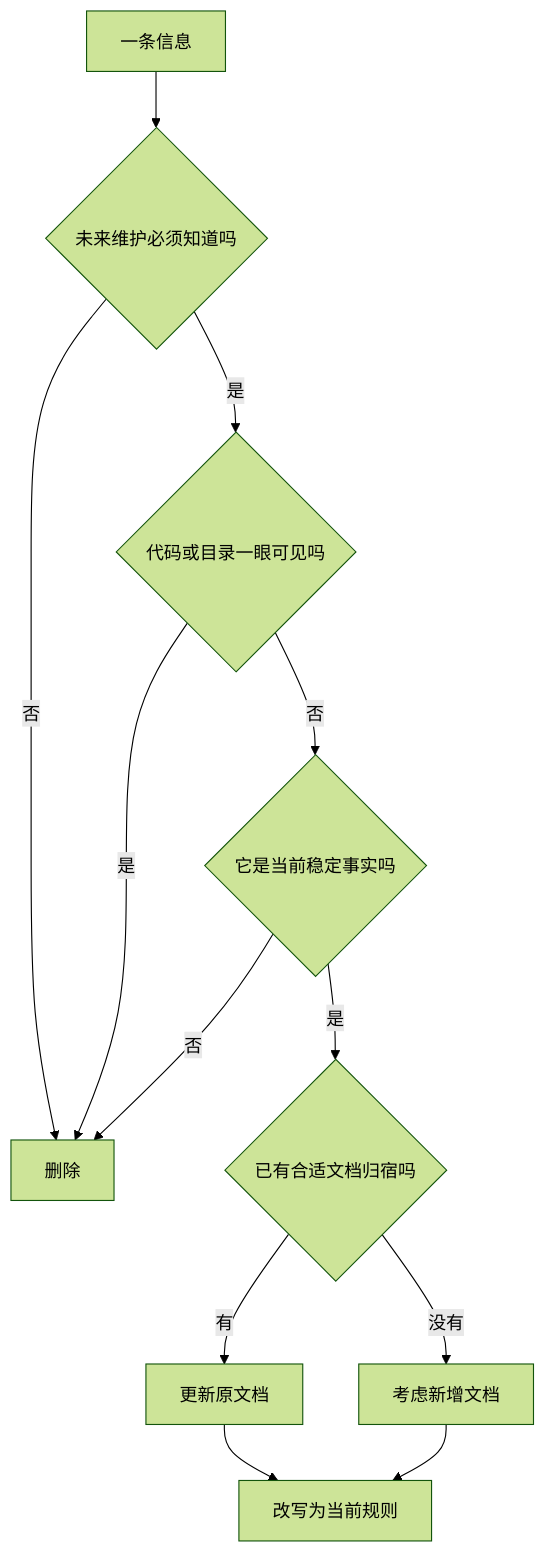
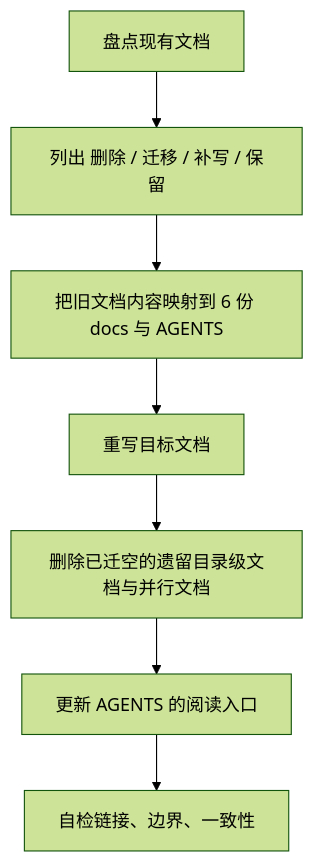
The diagram in .codex/skills/project-docs/SKILL.md (neavo/LinguaGacha), drawn with Mermaid (forest theme) before and after one commit. The commit also changed other lines of this file and 16 other files, not shown here.

````diff
--- a/.codex/skills/project-docs/SKILL.md
+++ b/.codex/skills/project-docs/SKILL.md
@@ -86,14 +94,9 @@
 ```mermaid
 flowchart TD
-    A["一条信息"] --> B{"未来维护必须知道吗"}
-    B -->|否| X["删除"]
-    B -->|是| C{"代码或目录一眼可见吗"}
-    C -->|是| X
-    C -->|否| D{"它是当前稳定事实吗"}
-    D -->|否| X
-    D -->|是| E{"已有合适文档归宿吗"}
-    E -->|有| F["更新原文档"]
-    E -->|没有| G["考虑新增文档"]
-    F --> H["改写为当前规则"]
-    G --> H
+    A["盘点现有文档"] --> B["列出 删除 / 迁移 / 补写 / 保留"]
+    B --> C["把旧文档内容映射到 6 份 docs 与 AGENTS"]
+    C --> D["重写目标文档"]
+    D --> E["删除已迁空的遗留目录级文档与并行文档"]
+    E --> F["更新 AGENTS 的阅读入口"]
+    F --> G["自检链接、边界、一致性"]
 ```
````
